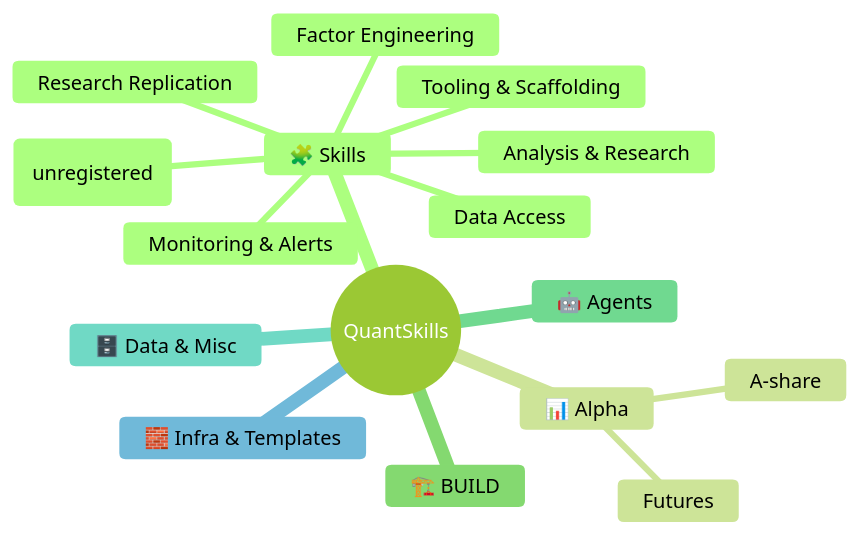
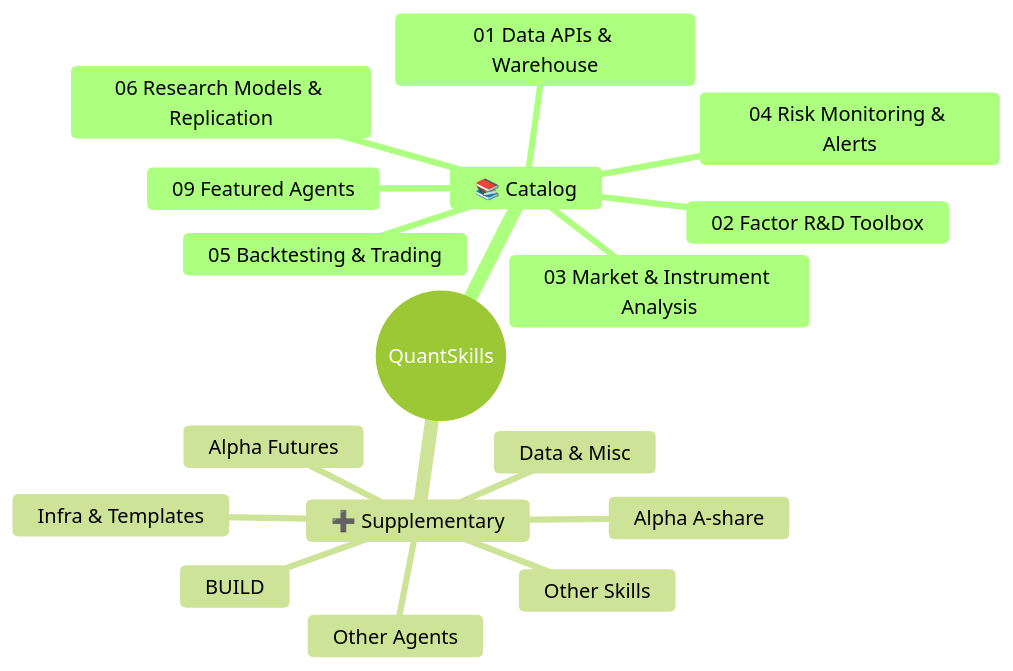
One commit to quantskills/quantskills changed the diagram in README.en.md. Above: the diagram before and after it, drawn with Mermaid (forest theme). The commit also changed other lines of this file and 3 other files, not shown here.

````diff
--- a/README.en.md
+++ b/README.en.md
@@ -12,19 +12,20 @@
 ```mermaid
 mindmap
   root((QuantSkills))
-    🧩 Skills
-      Factor Engineering
-      Tooling & Scaffolding
-      Analysis & Research
-      Monitoring & Alerts
-      Data Access
-      Research Replication
-      Other Skills (unregistered)
-    📊 Alpha
-      A-share
-      Futures
-    🏗️ BUILD
-    🤖 Agents
-    🗄️ Data & Misc
-    🧱 Infra & Templates
+    📚 Catalog
+      01 Data APIs & Warehouse
+      02 Factor R&D Toolbox
+      03 Market & Instrument Analysis
+      04 Risk Monitoring & Alerts
+      05 Backtesting & Trading
+      06 Research Models & Replication
+      09 Featured Agents
+    ➕ Supplementary
+      Alpha A-share
+      Alpha Futures
+      BUILD
+      Other Skills
+      Other Agents
+      Data & Misc
+      Infra & Templates
 ```
````
